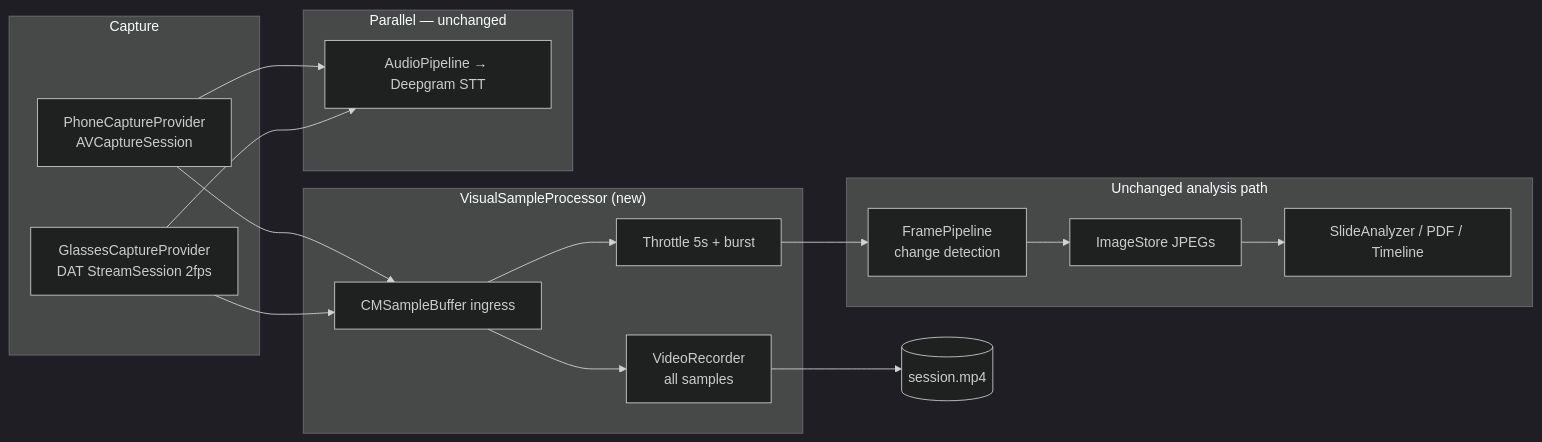
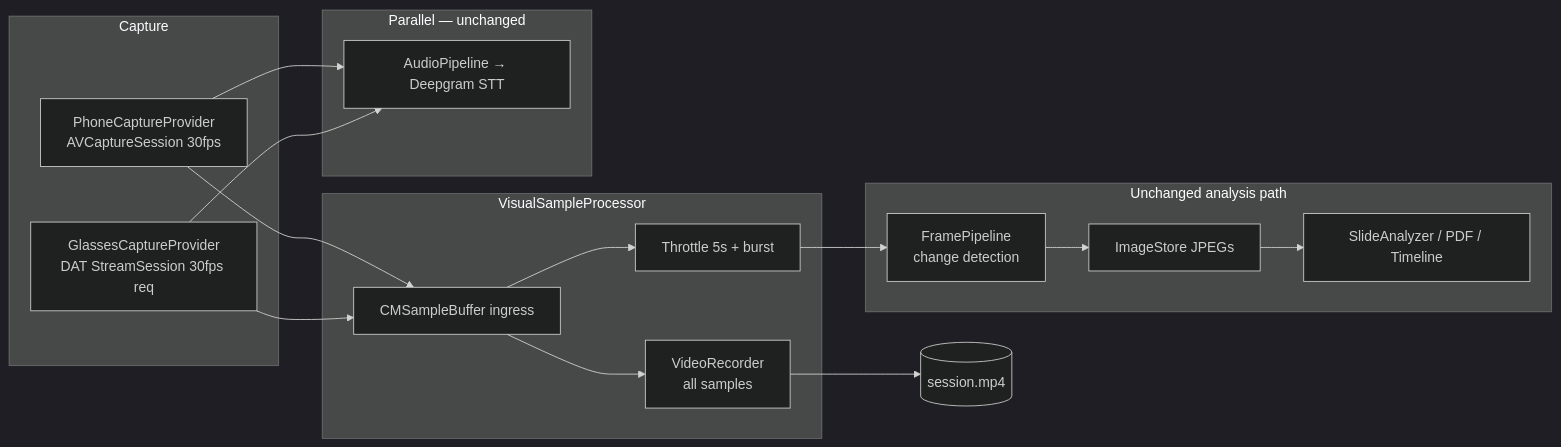
One commit to DearBobby9/NoteV-iOS changed the diagram in docs/plan/2026-06-24-feat-video-first-frame-extraction-plan.md. Above: the diagram before and after it, drawn with Mermaid (dark theme). The commit also changed other lines of this file and 9 other files, not shown here.

````diff
--- a/docs/plan/2026-06-24-feat-video-first-frame-extraction-plan.md
+++ b/docs/plan/2026-06-24-feat-video-first-frame-extraction-plan.md
@@ -41,33 +41,33 @@
 ```mermaid
 flowchart LR
     subgraph Capture
-        Phone[PhoneCaptureProvider<br/>AVCaptureSession]
-        Glasses[GlassesCaptureProvider<br/>DAT StreamSession 2fps]
+        Phone[PhoneCaptureProvider<br/>AVCaptureSession 30fps]
+        Glasses[GlassesCaptureProvider<br/>DAT StreamSession 30fps req]
     end
 
-    subgraph Hub["VisualSampleProcessor (new)"]
+    subgraph Processor["VisualSampleProcessor"]
         In[CMSampleBuffer ingress]
         OutV[VideoRecorder<br/>all samples]
         OutF[Throttle 5s + burst]
     end
 
     subgraph Existing["Unchanged analysis path"]
         FP[FramePipeline<br/>change detection]
         IC[ImageStore JPEGs]
         SA[SlideAnalyzer / PDF / Timeline]
     end
 
     Phone --> In
     Glasses --> In
     In --> OutV
     In --> OutF
     OutF --> FP --> IC --> SA
     OutV --> MP4[(session.mp4)]
 
     subgraph Audio["Parallel — unchanged"]
         STT[AudioPipeline → Deepgram STT]
     end
 
     Phone --> STT
     Glasses --> STT
 ```
````
